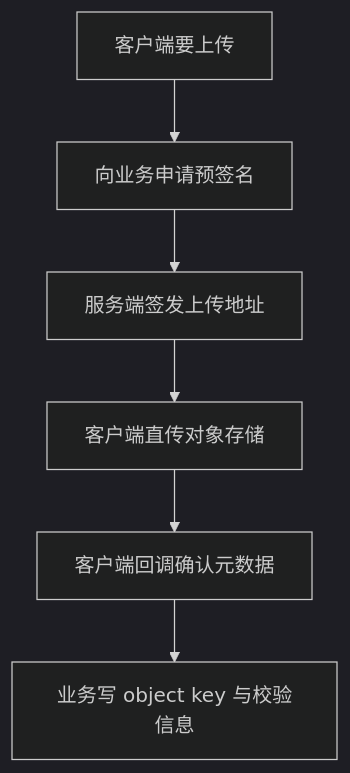
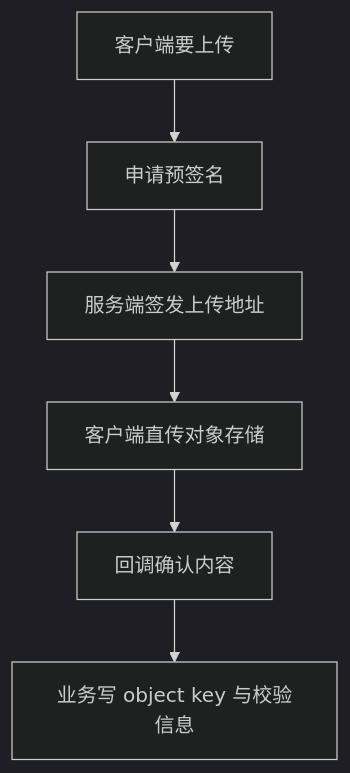
The diagram in docs/modules/11-对象存储模块.md (bitladykiller/zhiguang_go), drawn with Mermaid (dark theme) before and after one commit. The commit also changed other lines of this file and 13 other files, not shown here.

````diff
--- a/docs/modules/11-对象存储模块.md
+++ b/docs/modules/11-对象存储模块.md
@@ -169,8 +15,8 @@
 ```mermaid
 flowchart TD
-    A[客户端要上传] --> B[向业务申请预签名]
+    A[客户端要上传] --> B[申请预签名]
     B --> C[服务端签发上传地址]
     C --> D[客户端直传对象存储]
-    D --> E[客户端回调确认元数据]
+    D --> E[回调确认内容]
     E --> F[业务写 object key 与校验信息]
 ```
````
